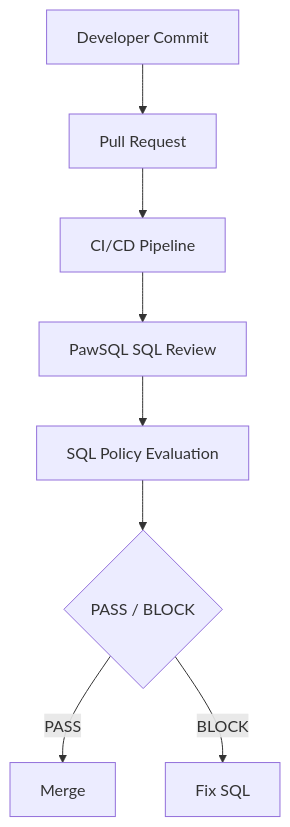
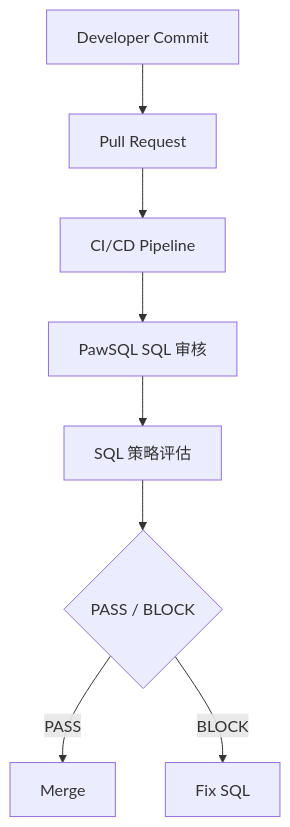
Before and after one commit to PawSQL/pawsql-docs-mantlify: the third of 9 diagrams in docs/use-cases/sql-quality-gate-cicd.mdx, drawn with Mermaid. The commit also changed other lines of this file and 143 other files, not shown here.

````diff
--- a/docs/use-cases/sql-quality-gate-cicd.mdx
+++ b/docs/use-cases/sql-quality-gate-cicd.mdx
@@ -93,8 +93,8 @@
 ```mermaid
 flowchart TD
     A[Developer Commit] --> B[Pull Request] --> C[CI/CD Pipeline]
-    C --> D[PawSQL SQL Review] --> E[SQL Policy Evaluation]
+    C --> D[PawSQL SQL 审核] --> E[SQL 策略评估]
     E --> F{PASS / BLOCK}
     F -->|PASS| G[Merge]
     F -->|BLOCK| H[Fix SQL]
 ```
````
